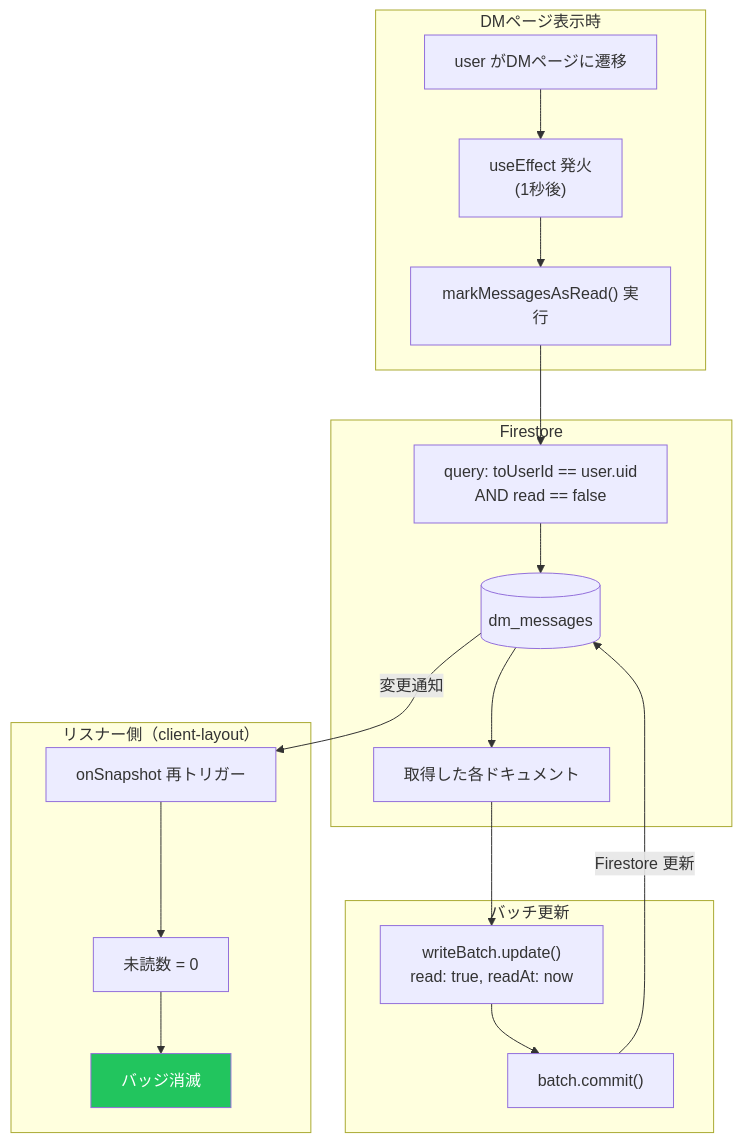
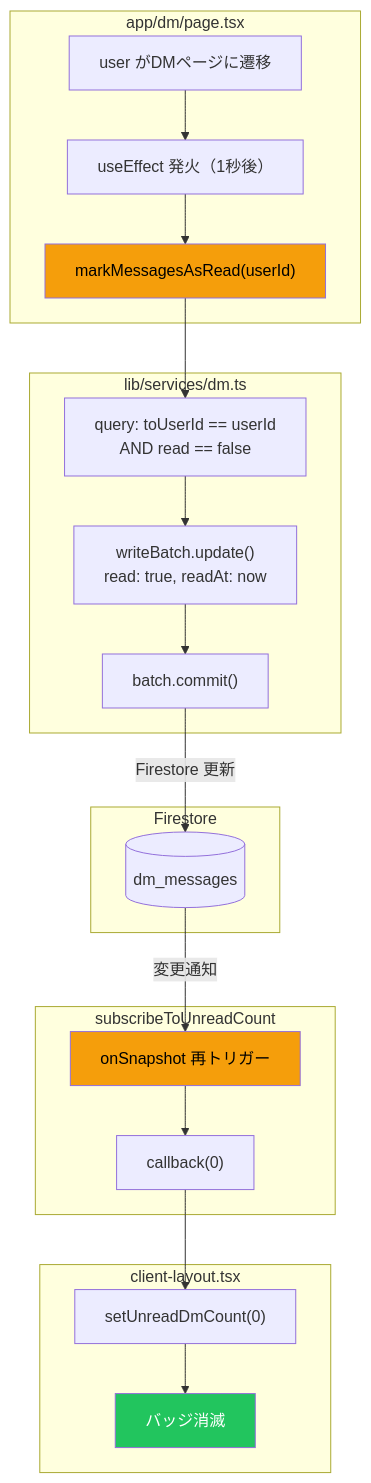
Before and after one commit to mokaland/cc-insight: the third of 5 diagrams in docs/03_DATA_FLOW.md, drawn with Mermaid. The commit also changed other lines of this file and 2 other files, not shown here.

````diff
--- a/docs/03_DATA_FLOW.md
+++ b/docs/03_DATA_FLOW.md
@@ -130,42 +192,45 @@
 ```mermaid
 flowchart TD
-    subgraph "DMページ表示時"
+    subgraph UI["app/dm/page.tsx"]
         A["user がDMページに遷移"]
-        B["useEffect 発火
-        (1秒後)"]
-        C["markMessagesAsRead() 実行"]
+        B["useEffect 発火（1秒後）"]
+        C["markMessagesAsRead(userId)"]
+    end
+
+    subgraph Service["lib/services/dm.ts"]
+        D["query: toUserId == userId
+        AND read == false"]
+        E["writeBatch.update()
+        read: true, readAt: now"]
+        F["batch.commit()"]
     end
 
     subgraph Firestore
-        D[("dm_messages")]
-        E["query: toUserId == user.uid
-        AND read == false"]
-        F["取得した各ドキュメント"]
+        G[("dm_messages")]
     end
 
-    subgraph "バッチ更新"
-        G["writeBatch.update()
-        read: true, readAt: now"]
-        H["batch.commit()"]
+    subgraph ListenerService["subscribeToUnreadCount"]
+        H["onSnapshot 再トリガー"]
+        I["callback(0)"]
     end
 
-    subgraph "リスナー側（client-layout）"
-        I["onSnapshot 再トリガー"]
-        J["未読数 = 0"]
+    subgraph BadgeUI["client-layout.tsx"]
+        J["setUnreadDmCount(0)"]
         K["バッジ消滅"]
     end
 
     A --> B
     B --> C
-    C --> E
-    E --> D
-    D --> F
-    F --> G
-    G --> H
-    H -->|Firestore 更新| D
-    D -->|変更通知| I
+    C --> D
+    D --> E
+    E --> F
+    F -->|Firestore 更新| G
+    G -->|変更通知| H
+    H --> I
     I --> J
     J --> K
 
+    style C fill:#f59e0b,color:#000
+    style H fill:#f59e0b,color:#000
     style K fill:#22c55e,color:#fff
 ```
````
